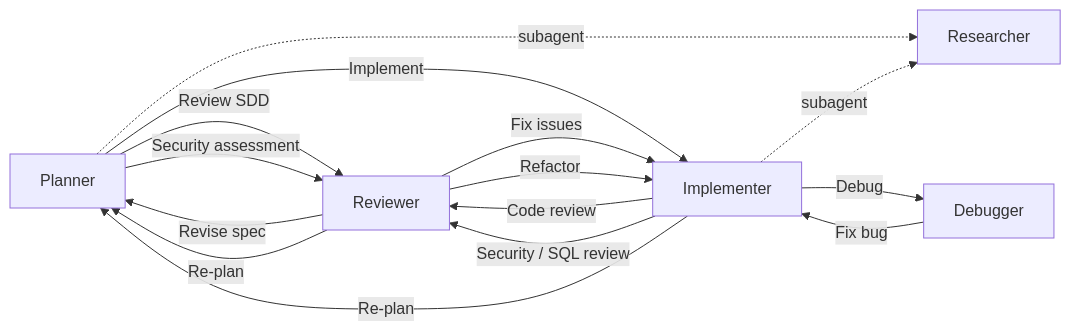
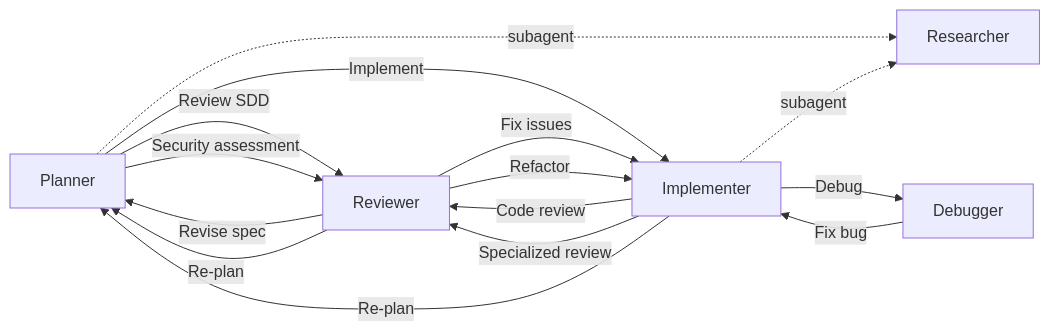
Before and after one commit to zexion7873/copilot-setting: the diagram in README.md, drawn with Mermaid. The commit also changed other lines of this file and 1 other file, not shown here.

Commit message:
docs(readme): add Quick Start section and broaden handoff diagram labels

````diff
--- a/README.md
+++ b/README.md
@@ -101,20 +131,20 @@
 ```mermaid
 flowchart LR
     Planner -->|"Review SDD"| Reviewer
     Planner -->|"Implement"| Implementer
     Planner -->|"Security assessment"| Reviewer
     Planner -.->|"subagent"| Researcher
 
     Implementer -.->|"subagent"| Researcher
     Implementer -->|"Code review"| Reviewer
-    Implementer -->|"Security / SQL review"| Reviewer
+    Implementer -->|"Specialized review"| Reviewer
     Implementer -->|"Debug"| Debugger
     Implementer -->|"Re-plan"| Planner
 
     Reviewer -->|"Fix issues"| Implementer
     Reviewer -->|"Refactor"| Implementer
     Reviewer -->|"Revise spec"| Planner
     Reviewer -->|"Re-plan"| Planner
 
     Debugger -->|"Fix bug"| Implementer
 ```
````
